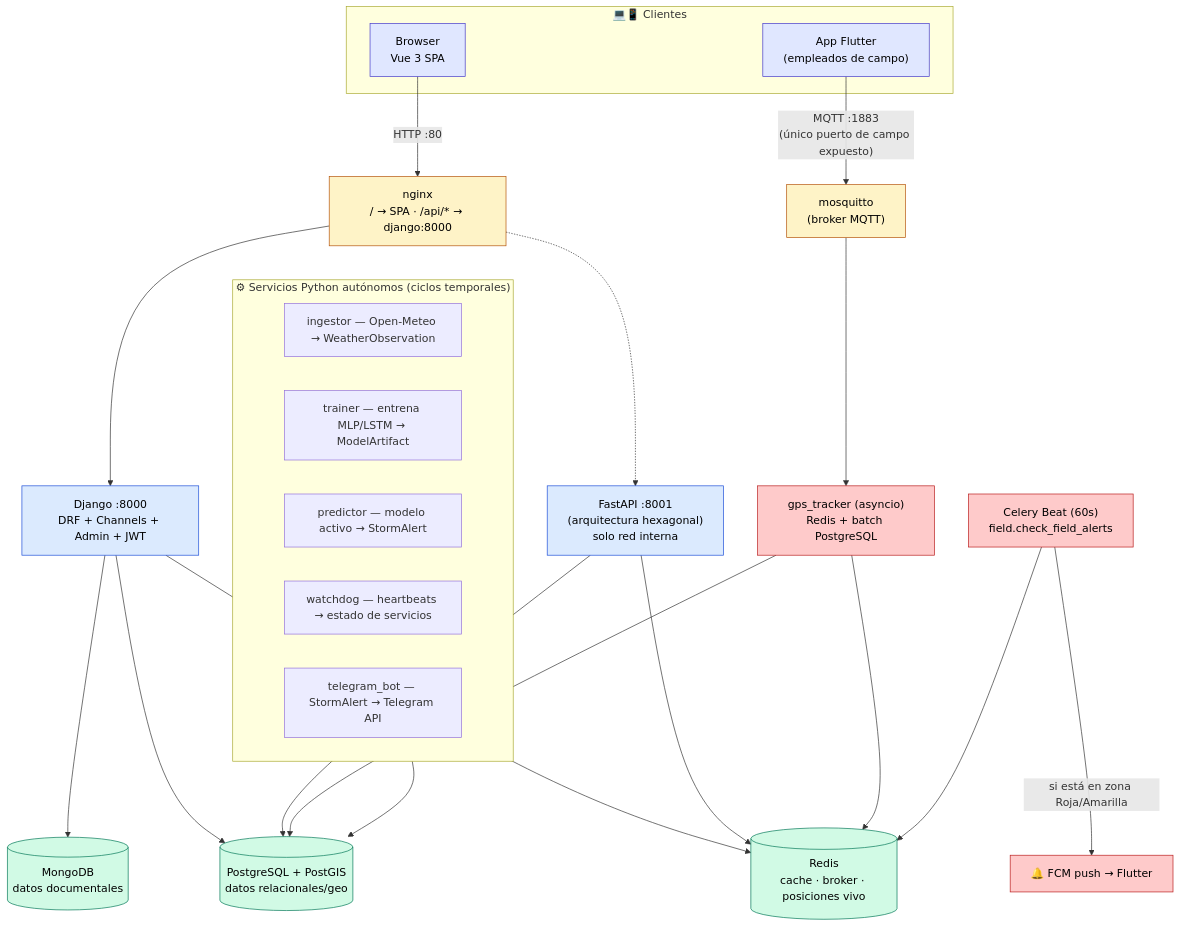
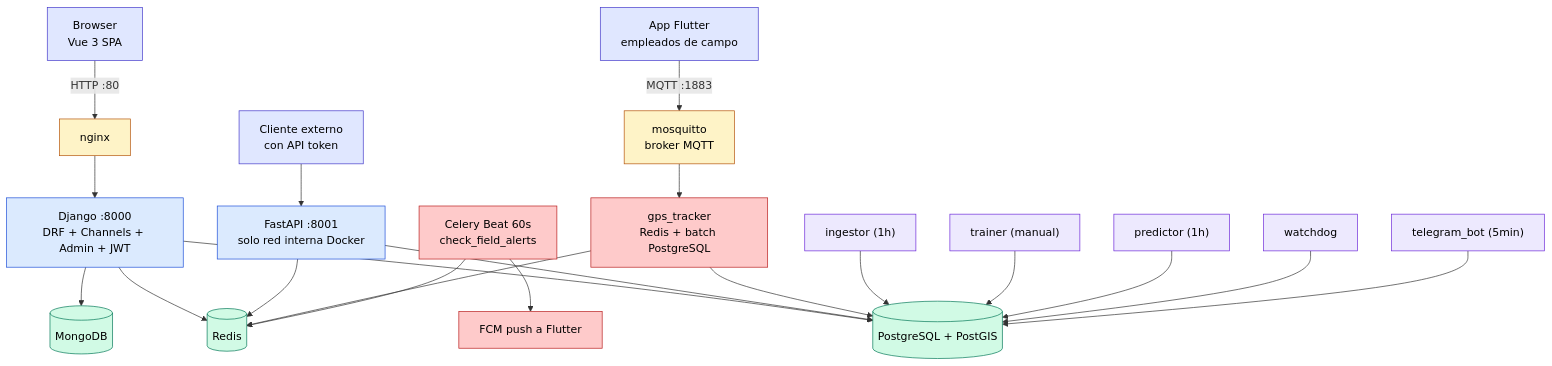
Before and after one commit to csotelo/cimbra: the second of 17 diagrams in README.md, drawn with Mermaid. The commit also changed other lines of this file, not shown here.

First line of the commit message:
fix: eliminar subgraphs y patrones de alto riesgo en diagramas Mermaid

````diff
--- a/README.md
+++ b/README.md
@@ -64,45 +64,39 @@
 ```mermaid
 flowchart TB
-    subgraph CLIENTES["💻📱 Clientes"]
-        BROWSER["Browser<br/>Vue 3 SPA"]
-        FLUTTER["App Flutter<br/>(empleados de campo)"]
-    end
-
-    BROWSER -->|"HTTP :80"| NGINX["nginx<br/>/ → SPA · /api/* → django:8000"]
-    FLUTTER -->|"MQTT :1883<br/>(único puerto de campo expuesto)"| MOSQ["mosquitto<br/>(broker MQTT)"]
+    BROWSER["Browser<br/>Vue 3 SPA"] -->|"HTTP :80"| NGINX["nginx"]
+    FLUTTER["App Flutter<br/>empleados de campo"] -->|"MQTT :1883"| MOSQ["mosquitto<br/>broker MQTT"]
 
     NGINX --> DJANGO["Django :8000<br/>DRF + Channels + Admin + JWT"]
-    NGINX -.-> FASTAPI["FastAPI :8001<br/>(arquitectura hexagonal)<br/>solo red interna"]
-    MOSQ --> GPST["gps_tracker (asyncio)<br/>Redis + batch PostgreSQL"]
+    CLIENTEXT["Cliente externo<br/>con API token"] --> FASTAPI["FastAPI :8001<br/>solo red interna Docker"]
+    MOSQ --> GPST["gps_tracker<br/>Redis + batch PostgreSQL"]
 
-    DJANGO --> PG[("PostgreSQL + PostGIS<br/>datos relacionales/geo")]
-    DJANGO --> REDIS[("Redis<br/>cache · broker · posiciones vivo")]
-    DJANGO --> MONGO[("MongoDB<br/>datos documentales")]
+    DJANGO --> PG[("PostgreSQL + PostGIS")]
+    DJANGO --> REDIS[("Redis")]
+    DJANGO --> MONGO[("MongoDB")]
     FASTAPI --> PG
     FASTAPI --> REDIS
     GPST --> REDIS
     GPST --> PG
 
-    CELERY["Celery Beat (60s)<br/>field.check_field_alerts"] --> REDIS
-    CELERY -->|"si está en zona Roja/Amarilla"| FCMOUT["🔔 FCM push → Flutter"]
+    CELERY["Celery Beat 60s<br/>check_field_alerts"] --> REDIS
+    CELERY --> FCMOUT["FCM push a Flutter"]
 
-    subgraph WORKERS["⚙ Servicios Python autónomos (ciclos temporales)"]
-        ING2["ingestor — Open-Meteo → WeatherObservation"]
-        TRAIN2["trainer — entrena MLP/LSTM → ModelArtifact"]
-        PRED2["predictor — modelo activo → StormAlert"]
-        WATCH["watchdog — heartbeats → estado de servicios"]
-        TGBOT["telegram_bot — StormAlert → Telegram API"]
-    end
-    WORKERS --> PG
+    ING2["ingestor (1h)"] --> PG
+    TRAIN2["trainer (manual)"] --> PG
+    PRED2["predictor (1h)"] --> PG
+    WATCH["watchdog"] --> PG
+    TGBOT["telegram_bot (5min)"] --> PG
 
     classDef cliente fill:#e0e7ff,stroke:#4338ca,color:#000
     classDef gateway fill:#fef3c7,stroke:#b45309,color:#000
     classDef app fill:#dbeafe,stroke:#1d4ed8,color:#000
     classDef datos fill:#d1fae5,stroke:#047857,color:#000
     classDef campo fill:#fecaca,stroke:#b91c1c,color:#000
-    class BROWSER,FLUTTER cliente
+    classDef worker fill:#ede9fe,stroke:#6d28d9,color:#000
+    class BROWSER,FLUTTER,CLIENTEXT cliente
     class NGINX,MOSQ gateway
     class DJANGO,FASTAPI app
     class PG,REDIS,MONGO datos
     class GPST,CELERY,FCMOUT campo
+    class ING2,TRAIN2,PRED2,WATCH,TGBOT worker
 ```
````
